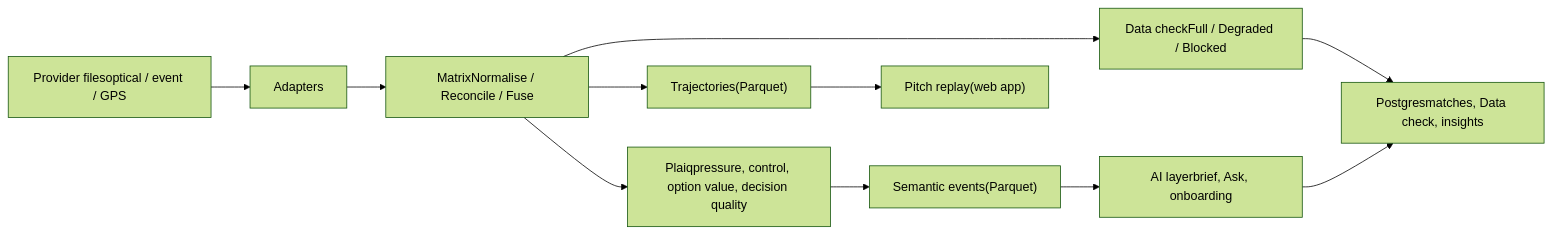
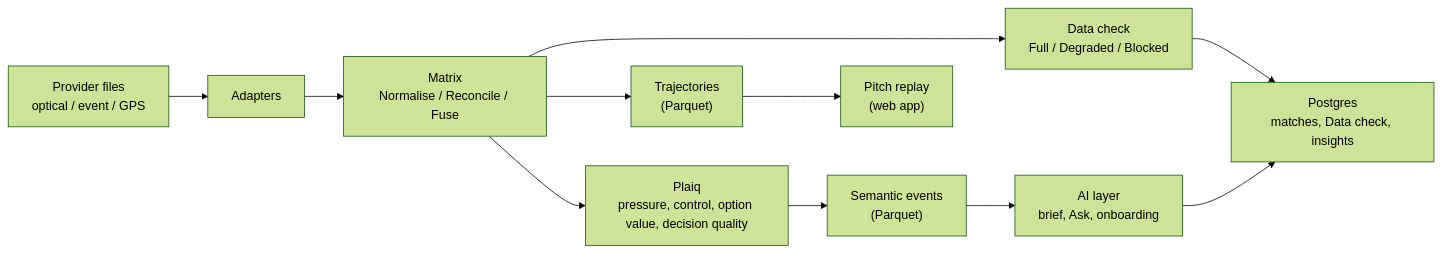
One commit to cgvgukapps/ponta-blueprint changed the diagram in ponta-blueprint/platform-overview.md. Above: the diagram before and after it, drawn with Mermaid (forest theme). The commit also changed other lines of this file and 12 other files, not shown here.

````diff
--- a/ponta-blueprint/platform-overview.md
+++ b/ponta-blueprint/platform-overview.md
@@ -65,13 +77,13 @@
 ```mermaid
 flowchart LR
-  raw["Provider filesoptical / event / GPS"] --> adapters["Adapters"]
-  adapters --> matrix["MatrixNormalise / Reconcile / Fuse"]
-  matrix --> parity["Data checkFull / Degraded / Blocked"]
-  matrix --> plaiq["Plaiqpressure, control, option value, decision quality"]
-  plaiq --> sem["Semantic events(Parquet)"]
-  matrix --> traj["Trajectories(Parquet)"]
-  parity --> pg["Postgresmatches, Data check, insights"]
-  sem --> ai["AI layerbrief, Ask, onboarding"]
-  traj --> replay["Pitch replay(web app)"]
+  raw["Provider files<br/>optical / event / GPS"] --> adapters["Adapters"]
+  adapters --> matrix["Matrix<br/>Normalise / Reconcile / Fuse"]
+  matrix --> parity["Data check<br/>Full / Degraded / Blocked"]
+  matrix --> plaiq["Plaiq<br/>pressure, control, option value, decision quality"]
+  plaiq --> sem["Semantic events<br/>(Parquet)"]
+  matrix --> traj["Trajectories<br/>(Parquet)"]
+  parity --> pg["Postgres<br/>matches, Data check, insights"]
+  sem --> ai["AI layer<br/>brief, Ask, onboarding"]
+  traj --> replay["Pitch replay<br/>(web app)"]
   ai --> pg
 ```
````
